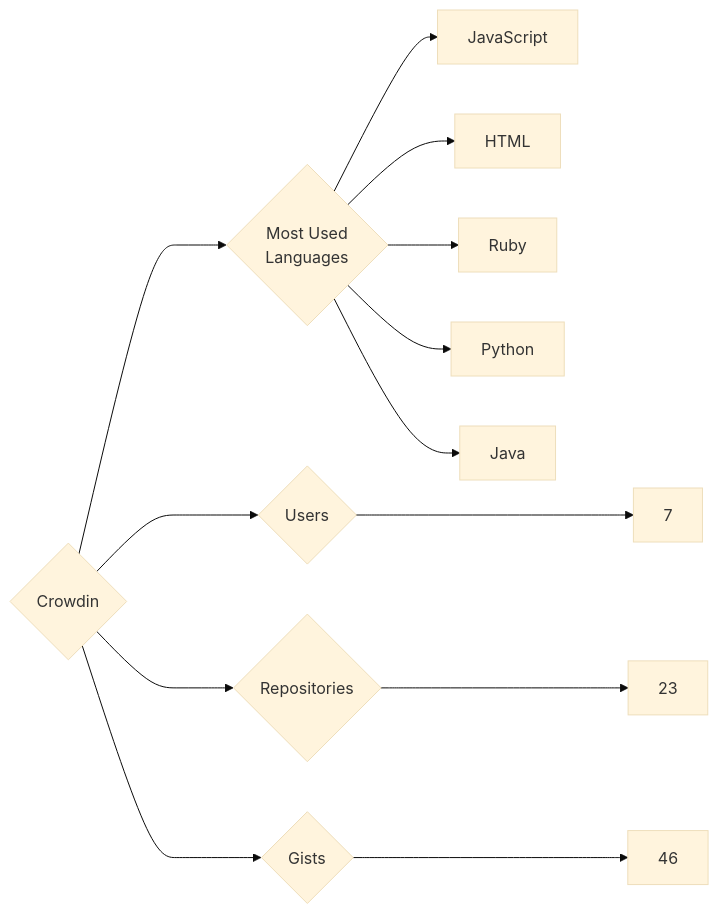
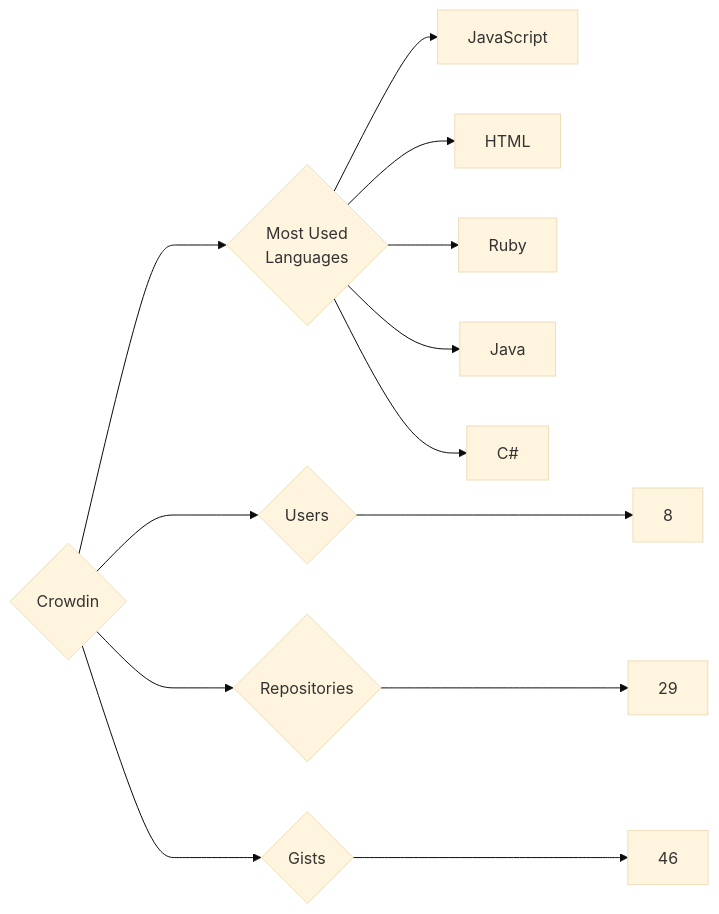
Before and after one commit to trickest/insiders: the diagram in targets/Crowdin/README.md, drawn with Mermaid (base theme). The commit also changed 1092 other files, not shown here.

````diff
--- a/targets/Crowdin/README.md
+++ b/targets/Crowdin/README.md
@@ -3,13 +3,13 @@
 ```mermaid
 graph LR
 COMPANY_NAME{Crowdin}
-COMPANY_NAME ---> U{Users} ---> UN[7]
-COMPANY_NAME ---> R{Repositories} ---> RN[23]
+COMPANY_NAME ---> U{Users} ---> UN[8]
+COMPANY_NAME ---> R{Repositories} ---> RN[29]
 COMPANY_NAME ---> G{Gists} ---> GN[46]
 COMPANY_NAME ---> ML{Most Used<br>Languages}
 ML --> JavaScript[JavaScript]
 ML --> HTML[HTML]
 ML --> Ruby[Ruby]
-ML --> Python[Python]
 ML --> Java[Java]
+ML --> C#[C#]
 ```
````
